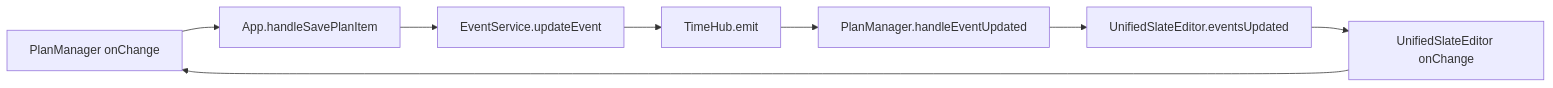
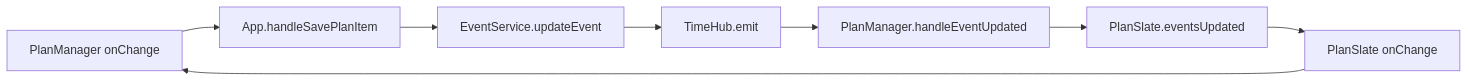
One commit to zoeysnowy/ReMarkable changed the diagram in docs/fixes/CIRCULAR_UPDATE_PROTECTION_ARCHITECTURE.md. Above: the diagram before and after it, drawn with Mermaid. The commit also changed other lines of this file and 100 other files, not shown here.

Commit message:
refactor: 重构Slate编辑器架构 - LightSlateEditorModalSlate, UnifiedSlateEditorPlanSlate，统一PRD文档

````diff
--- a/docs/fixes/CIRCULAR_UPDATE_PROTECTION_ARCHITECTURE.md
+++ b/docs/fixes/CIRCULAR_UPDATE_PROTECTION_ARCHITECTURE.md
@@ -22,10 +22,10 @@
 ```mermaid
 graph LR
     A[PlanManager onChange] --> B[App.handleSavePlanItem]
     B --> C[EventService.updateEvent]
     C --> D[TimeHub.emit]
     D --> E[PlanManager.handleEventUpdated]
-    E --> F[UnifiedSlateEditor.eventsUpdated]
-    F --> G[UnifiedSlateEditor onChange]
+    E --> F[PlanSlate.eventsUpdated]
+    F --> G[PlanSlate onChange]
     G --> A
 ```
````
